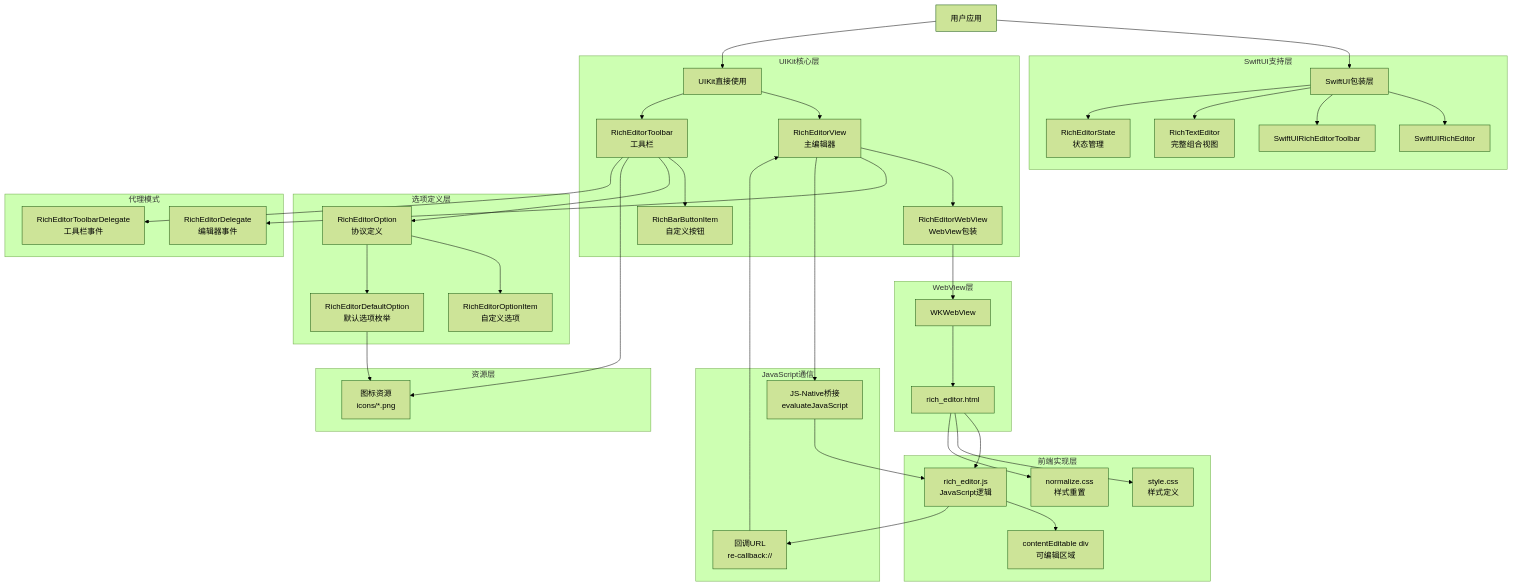
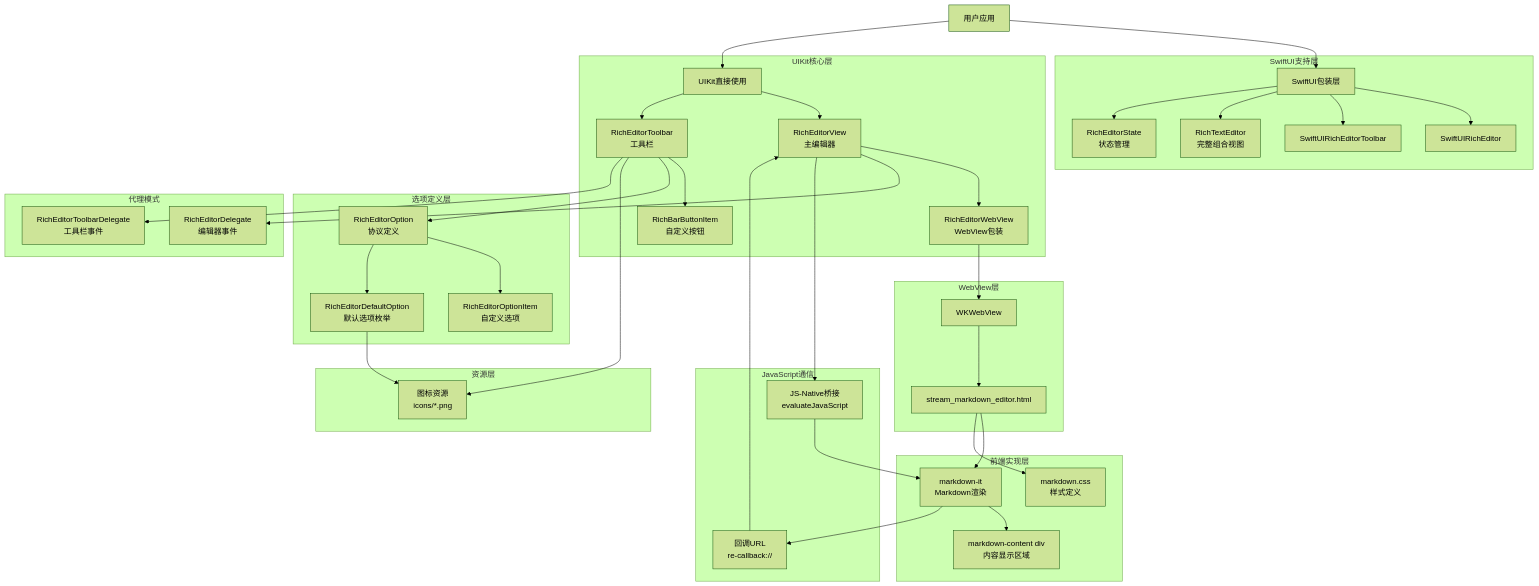
One commit to youyinian288/AITextView changed the diagram in AITextView/README.md. Above: the diagram before and after it, drawn with Mermaid (forest theme). The commit also changed other lines of this file and 21 other files, not shown here.

````diff
--- a/AITextView/README.md
+++ b/AITextView/README.md
@@ -15,55 +15,54 @@
 ```mermaid
 graph TD
     A[用户应用] --> B[SwiftUI包装层]
     A --> C[UIKit直接使用]
     
     subgraph "SwiftUI支持层"
         B --> D[SwiftUIRichEditor]
         B --> E[SwiftUIRichEditorToolbar] 
         B --> F[RichTextEditor<br/>完整组合视图]
         B --> G[RichEditorState<br/>状态管理]
     end
     
     subgraph "UIKit核心层"
         C --> H[RichEditorView<br/>主编辑器]
         C --> I[RichEditorToolbar<br/>工具栏]
         
         H --> J[RichEditorWebView<br/>WebView包装]
         I --> K[RichBarButtonItem<br/>自定义按钮]
     end
     
     subgraph "选项定义层"
         I --> L[RichEditorOption<br/>协议定义]
         L --> M[RichEditorOptionItem<br/>自定义选项]
         L --> N[RichEditorDefaultOption<br/>默认选项枚举]
     end
     
     subgraph "WebView层"
         J --> O[WKWebView]
-        O --> P[rich_editor.html]
+        O --> P[stream_markdown_editor.html]
     end
     
     subgraph "前端实现层"
-        P --> Q[rich_editor.js<br/>JavaScript逻辑]
-        P --> R[style.css<br/>样式定义]
-        P --> S[normalize.css<br/>样式重置]
-        Q --> T[contentEditable div<br/>可编辑区域]
+        P --> Q[markdown-it<br/>Markdown渲染]
+        P --> R[markdown.css<br/>样式定义]
+        Q --> T[markdown-content div<br/>内容显示区域]
     end
     
     subgraph "资源层"
         N --> U[图标资源<br/>icons/*.png]
         I --> U
     end
     
     subgraph "代理模式"
         H --> V[RichEditorDelegate<br/>编辑器事件]
         I --> W[RichEditorToolbarDelegate<br/>工具栏事件]
     end
     
     subgraph "JavaScript通信"
         H --> X[JS-Native桥接<br/>evaluateJavaScript]
         X --> Q
         Q --> Y[回调URL<br/>re-callback://]
         Y --> H
     end
 ```
````
